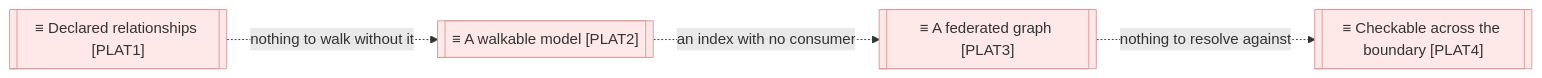
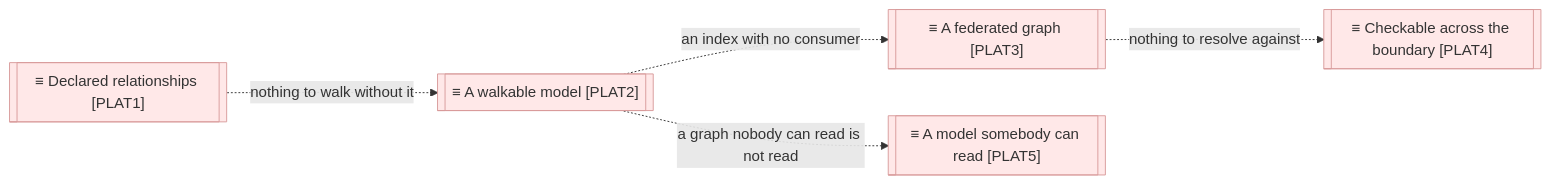
Before and after one commit to roanboc/architecture-archreator: the second of 3 diagrams in product-archreator/architecture/roadmap/1_target-state.md, drawn with Mermaid. The commit also changed other lines of this file and 15 other files, not shown here.

First line of the commit message:
feat: the model becomes readable — initiative 10, PLAT5

````diff
--- a/product-archreator/architecture/roadmap/1_target-state.md
+++ b/product-archreator/architecture/roadmap/1_target-state.md
@@ -46,13 +46,15 @@
 ```mermaid
 flowchart LR
   plat1[["≡ Declared relationships [PLAT1]"]]:::plateau
   plat2[["≡ A walkable model [PLAT2]"]]:::plateau
   plat3[["≡ A federated graph [PLAT3]"]]:::plateau
   plat4[["≡ Checkable across the boundary [PLAT4]"]]:::plateau
+  plat5[["≡ A model somebody can read [PLAT5]"]]:::plateau
 
   plat1 -.->|nothing to walk without it| plat2
   plat2 -.->|an index with no consumer| plat3
   plat3 -.->|nothing to resolve against| plat4
+  plat2 -.->|a graph nobody can read is not read| plat5
 
   classDef plateau fill:#ffe8e8,stroke:#d99b9b,color:#333
 ```
````
